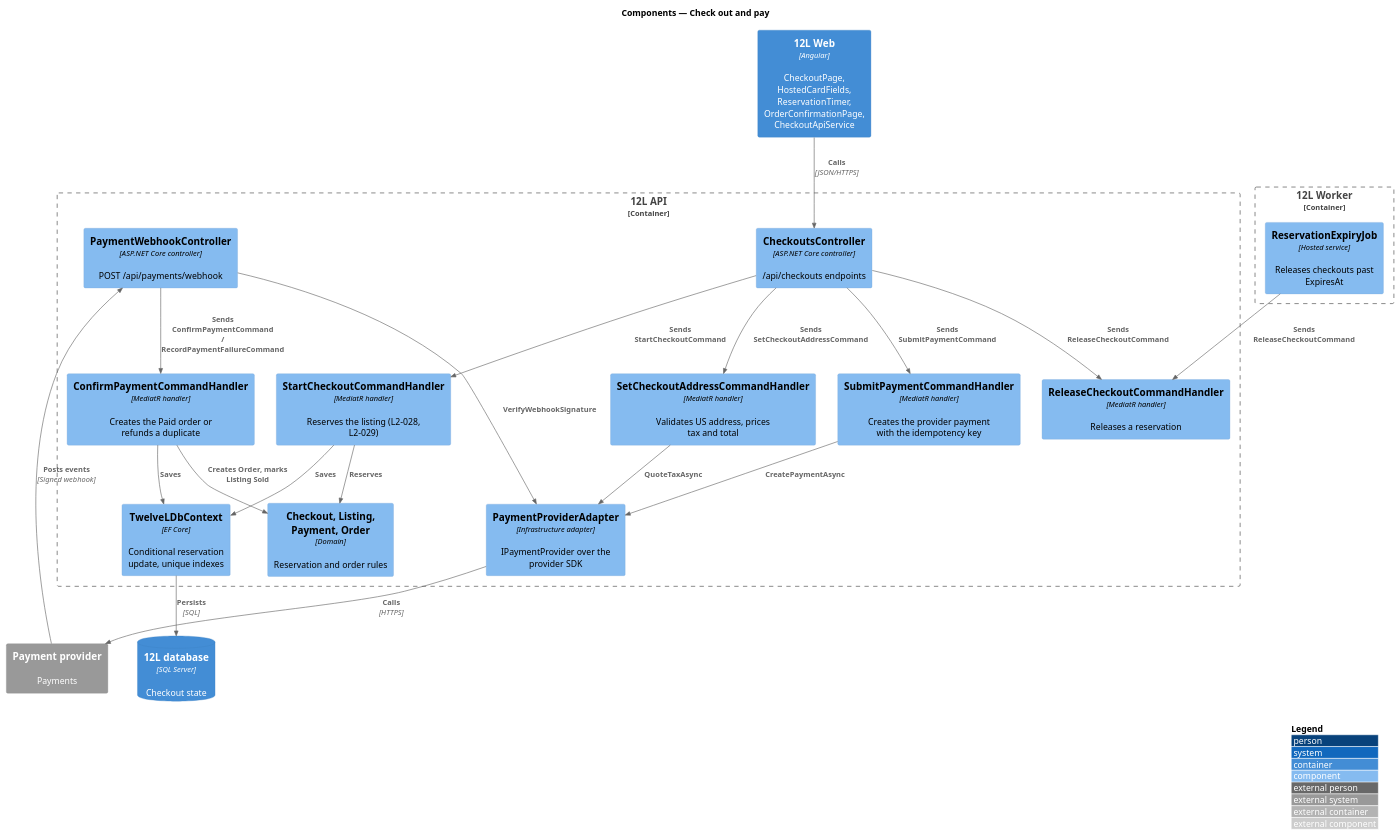
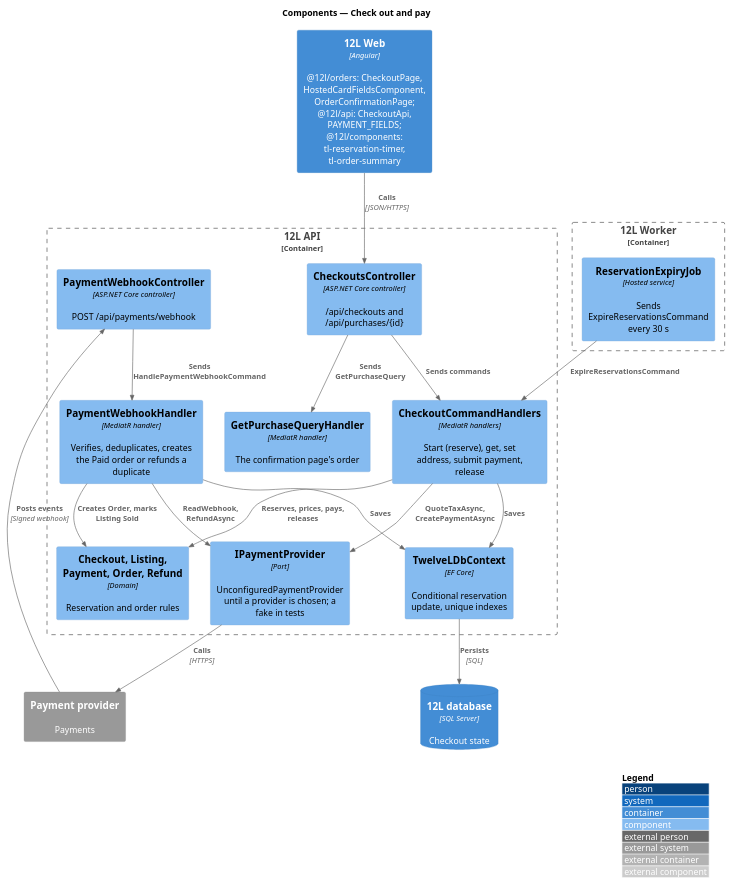
Before and after one commit to QuinntyneBrown/12l: the diagram in docs/detailed-designs/orders/checkout-and-pay/diagrams/c4-component.puml, drawn with PlantUML. The commit also changed 66 other files, not shown here.

```diff
--- a/docs/detailed-designs/orders/checkout-and-pay/diagrams/c4-component.puml
+++ b/docs/detailed-designs/orders/checkout-and-pay/diagrams/c4-component.puml
@@ -1,42 +1,37 @@
 @startuml
 !include <C4/C4_Component>
 LAYOUT_WITH_LEGEND()
 title Components — Check out and pay
 
-Container(web, "12L Web", "Angular", "CheckoutPage, HostedCardFields, ReservationTimer, OrderConfirmationPage, CheckoutApiService")
+Container(web, "12L Web", "Angular", "@12l/orders: CheckoutPage, HostedCardFieldsComponent, OrderConfirmationPage; @12l/api: CheckoutApi, PAYMENT_FIELDS; @12l/components: tl-reservation-timer, tl-order-summary")
 Container_Boundary(api, "12L API") {
-  Component(cc, "CheckoutsController", "ASP.NET Core controller", "/api/checkouts endpoints")
+  Component(cc, "CheckoutsController", "ASP.NET Core controller", "/api/checkouts and /api/purchases/{id}")
   Component(wh, "PaymentWebhookController", "ASP.NET Core controller", "POST /api/payments/webhook")
-  Component(start, "StartCheckoutCommandHandler", "MediatR handler", "Reserves the listing (L2-028, L2-029)")
-  Component(quote, "SetCheckoutAddressCommandHandler", "MediatR handler", "Validates US address, prices tax and total")
-  Component(paycmd, "SubmitPaymentCommandHandler", "MediatR handler", "Creates the provider payment with the idempotency key")
-  Component(conf, "ConfirmPaymentCommandHandler", "MediatR handler", "Creates the Paid order or refunds a duplicate")
-  Component(rel, "ReleaseCheckoutCommandHandler", "MediatR handler", "Releases a reservation")
-  Component(dom, "Checkout, Listing, Payment, Order", "Domain", "Reservation and order rules")
-  Component(ppa, "PaymentProviderAdapter", "Infrastructure adapter", "IPaymentProvider over the provider SDK")
+  Component(handlers, "CheckoutCommandHandlers", "MediatR handlers", "Start (reserve), get, set address, submit payment, release")
+  Component(webhook, "PaymentWebhookHandler", "MediatR handler", "Verifies, deduplicates, creates the Paid order or refunds a duplicate")
+  Component(purchase, "GetPurchaseQueryHandler", "MediatR handler", "The confirmation page's order")
+  Component(dom, "Checkout, Listing, Payment, Order, Refund", "Domain", "Reservation and order rules")
+  Component(ppa, "IPaymentProvider", "Port", "UnconfiguredPaymentProvider until a provider is chosen; a fake in tests")
   Component(ctx, "TwelveLDbContext", "EF Core", "Conditional reservation update, unique indexes")
 }
 Container_Boundary(worker, "12L Worker") {
-  Component(exp, "ReservationExpiryJob", "Hosted service", "Releases checkouts past ExpiresAt")
+  Component(exp, "ReservationExpiryJob", "Hosted service", "Sends ExpireReservationsCommand every 30 s")
 }
 ContainerDb(db, "12L database", "SQL Server", "Checkout state")
 System_Ext(pay, "Payment provider", "Payments")
 
 Rel(web, cc, "Calls", "JSON/HTTPS")
 Rel(pay, wh, "Posts events", "Signed webhook")
-Rel(cc, start, "Sends StartCheckoutCommand")
-Rel(cc, quote, "Sends SetCheckoutAddressCommand")
-Rel(cc, paycmd, "Sends SubmitPaymentCommand")
-Rel(cc, rel, "Sends ReleaseCheckoutCommand")
-Rel(wh, conf, "Sends ConfirmPaymentCommand / RecordPaymentFailureCommand")
-Rel(exp, rel, "Sends ReleaseCheckoutCommand")
-Rel(start, dom, "Reserves")
-Rel(conf, dom, "Creates Order, marks Listing Sold")
-Rel(paycmd, ppa, "CreatePaymentAsync")
-Rel(quote, ppa, "QuoteTaxAsync")
-Rel(wh, ppa, "VerifyWebhookSignature")
+Rel(cc, handlers, "Sends commands")
+Rel(cc, purchase, "Sends GetPurchaseQuery")
+Rel(wh, webhook, "Sends HandlePaymentWebhookCommand")
+Rel(exp, handlers, "ExpireReservationsCommand")
+Rel(handlers, dom, "Reserves, prices, pays, releases")
+Rel(webhook, dom, "Creates Order, marks Listing Sold")
+Rel(handlers, ppa, "QuoteTaxAsync, CreatePaymentAsync")
+Rel(webhook, ppa, "ReadWebhook, RefundAsync")
 Rel(ppa, pay, "Calls", "HTTPS")
-Rel(start, ctx, "Saves")
-Rel(conf, ctx, "Saves")
+Rel(handlers, ctx, "Saves")
+Rel(webhook, ctx, "Saves")
 Rel(ctx, db, "Persists", "SQL")
 @enduml
```
